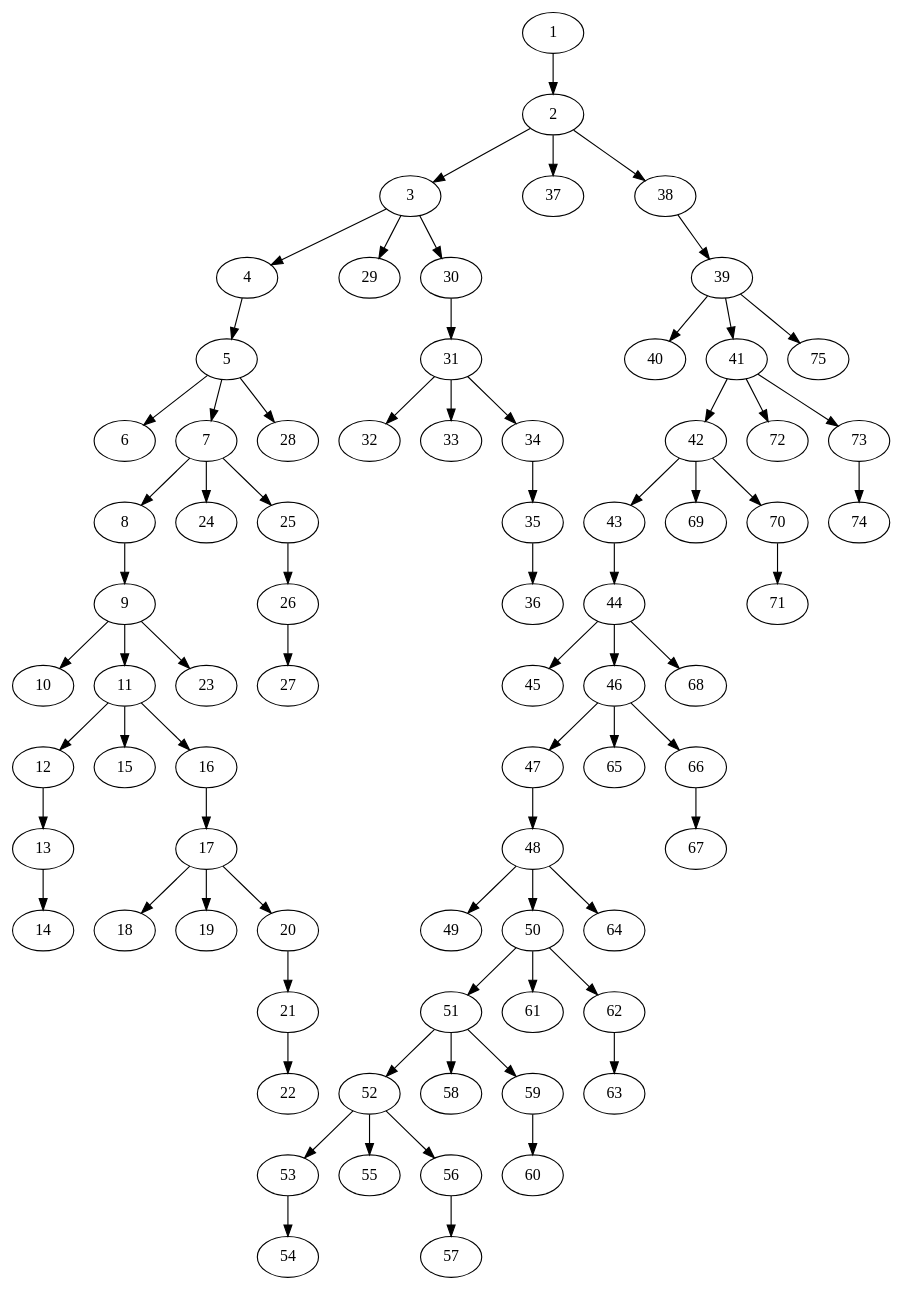
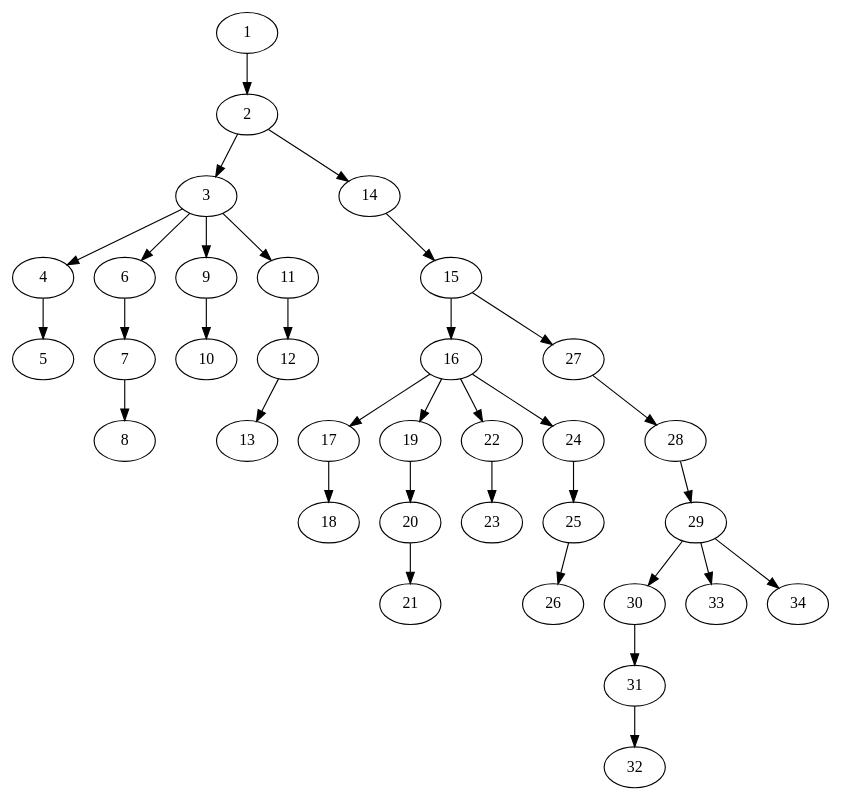
One commit to Ajax12345/caspian-lang changed the diagram in caspian/src/ast_stuff.dot. Above: the diagram before and after it, drawn with Graphviz. The commit also changed 4 other files, not shown here.

```diff
--- a/caspian/src/ast_stuff.dot
+++ b/caspian/src/ast_stuff.dot
@@ -1,76 +1,35 @@
 strict digraph "" {
 	1 -> 2;
 	2 -> 3;
-	2 -> 37;
-	2 -> 38;
+	2 -> 14;
 	3 -> 4;
-	3 -> 29;
-	3 -> 30;
+	3 -> 6;
+	3 -> 9;
+	3 -> 11;
 	4 -> 5;
-	5 -> 6;
-	5 -> 7;
-	5 -> 28;
+	6 -> 7;
 	7 -> 8;
-	7 -> 24;
-	7 -> 25;
-	8 -> 9;
 	9 -> 10;
-	9 -> 11;
-	9 -> 23;
 	11 -> 12;
-	11 -> 15;
-	11 -> 16;
 	12 -> 13;
-	13 -> 14;
+	14 -> 15;
+	15 -> 16;
+	15 -> 27;
 	16 -> 17;
+	16 -> 19;
+	16 -> 22;
+	16 -> 24;
 	17 -> 18;
-	17 -> 19;
-	17 -> 20;
+	19 -> 20;
 	20 -> 21;
-	21 -> 22;
+	22 -> 23;
+	24 -> 25;
 	25 -> 26;
-	26 -> 27;
+	27 -> 28;
+	28 -> 29;
+	29 -> 30;
+	29 -> 33;
+	29 -> 34;
 	30 -> 31;
 	31 -> 32;
-	31 -> 33;
-	31 -> 34;
-	34 -> 35;
-	35 -> 36;
-	38 -> 39;
-	39 -> 40;
-	39 -> 41;
-	39 -> 75;
-	41 -> 42;
-	41 -> 72;
-	41 -> 73;
-	42 -> 43;
-	42 -> 69;
-	42 -> 70;
-	43 -> 44;
-	44 -> 45;
-	44 -> 46;
-	44 -> 68;
-	46 -> 47;
-	46 -> 65;
-	46 -> 66;
-	47 -> 48;
-	48 -> 49;
-	48 -> 50;
-	48 -> 64;
-	50 -> 51;
-	50 -> 61;
-	50 -> 62;
-	51 -> 52;
-	51 -> 58;
-	51 -> 59;
-	52 -> 53;
-	52 -> 55;
-	52 -> 56;
-	53 -> 54;
-	56 -> 57;
-	59 -> 60;
-	62 -> 63;
-	66 -> 67;
-	70 -> 71;
-	73 -> 74;
 }
```
